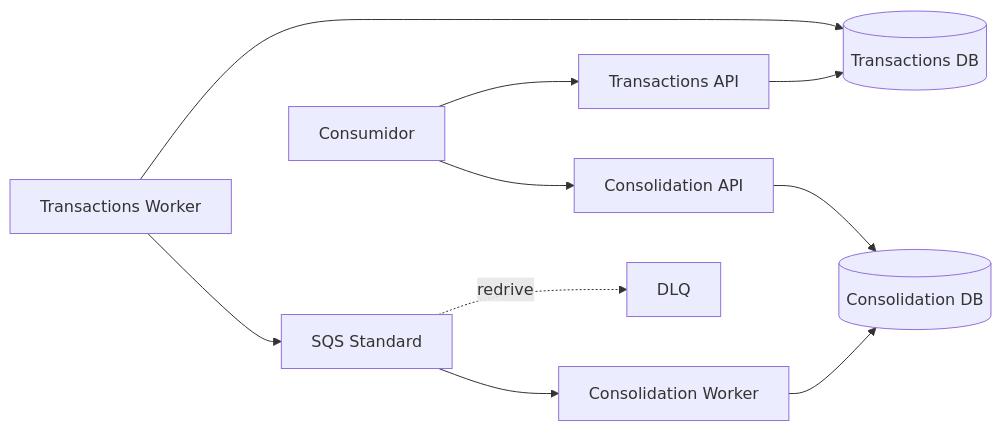
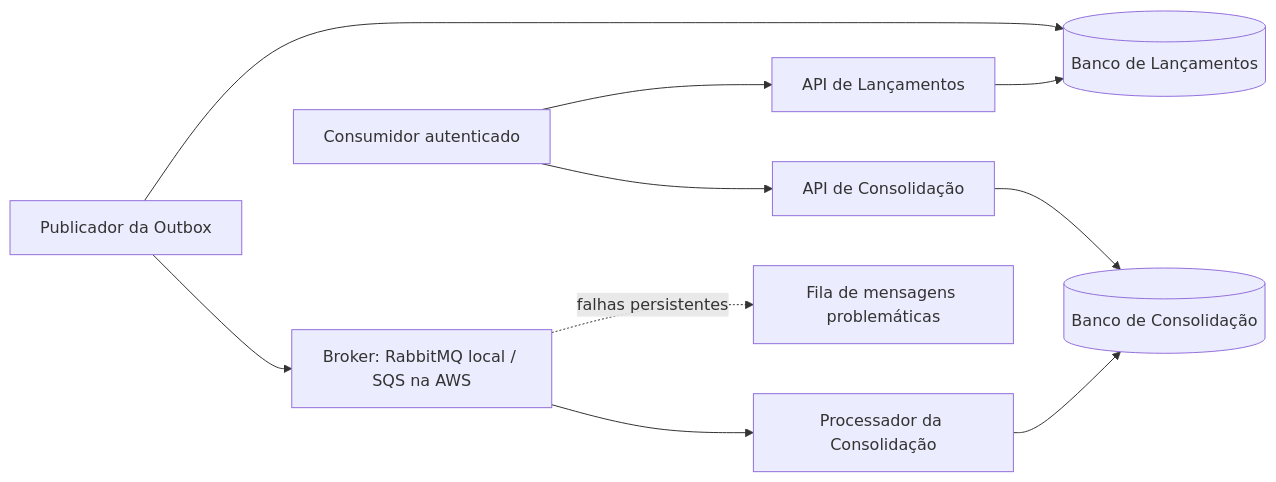
The diagram in readme.md (ThiagoFerraciolli/cash-flow-architecture), drawn with Mermaid before and after one commit. The commit also changed other lines of this file and 37 other files, not shown here.

````diff
--- a/readme.md
+++ b/readme.md
@@ -11,12 +11,12 @@
 ```mermaid
 flowchart LR
-    U[Consumidor] --> TA[Transactions API]
-    U --> CA[Consolidation API]
-    TA --> TDB[(Transactions DB)]
-    TW[Transactions Worker] --> TDB
-    TW --> Q[SQS Standard]
-    Q --> CW[Consolidation Worker]
-    Q -. redrive .-> D[DLQ]
-    CW --> CDB[(Consolidation DB)]
+    U[Consumidor autenticado] --> TA[API de Lançamentos]
+    U --> CA[API de Consolidação]
+    TA --> TDB[(Banco de Lançamentos)]
+    TW[Publicador da Outbox] --> TDB
+    TW --> Q[Broker: RabbitMQ local / SQS na AWS]
+    Q --> CW[Processador da Consolidação]
+    CW --> CDB[(Banco de Consolidação)]
     CA --> CDB
+    Q -. falhas persistentes .-> D[Fila de mensagens problemáticas]
 ```
````
